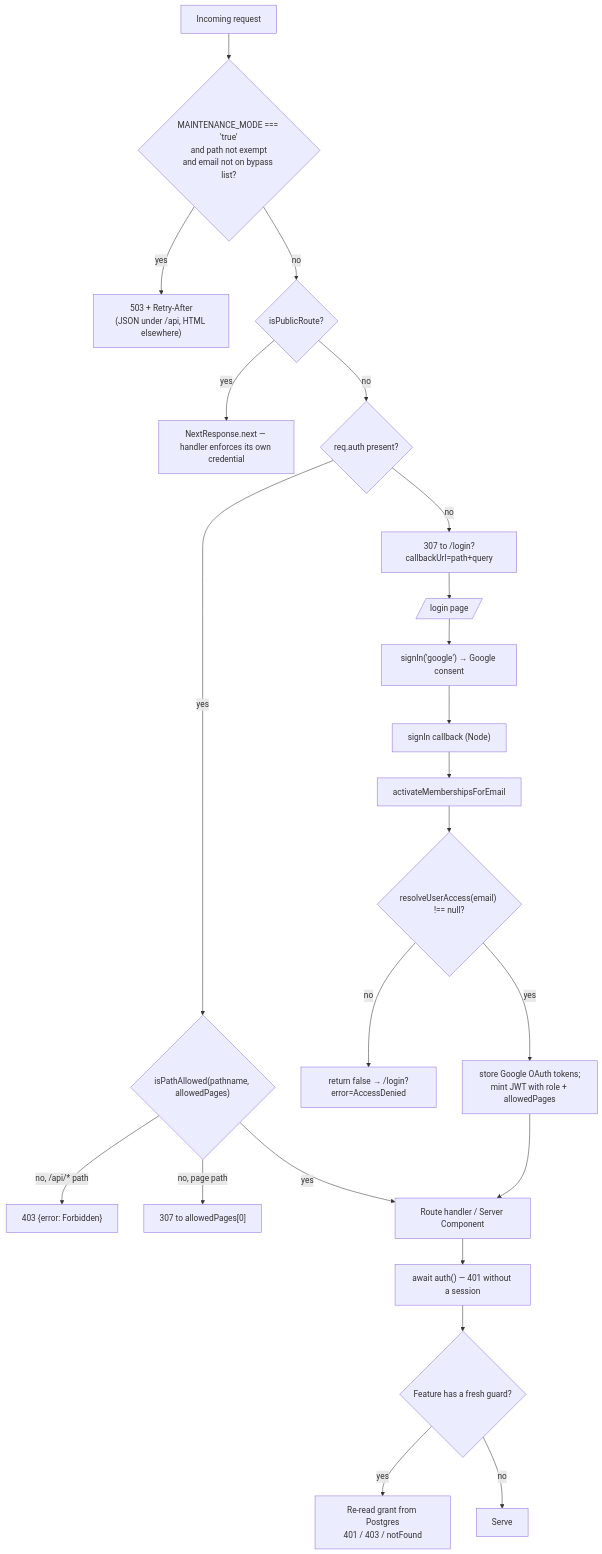
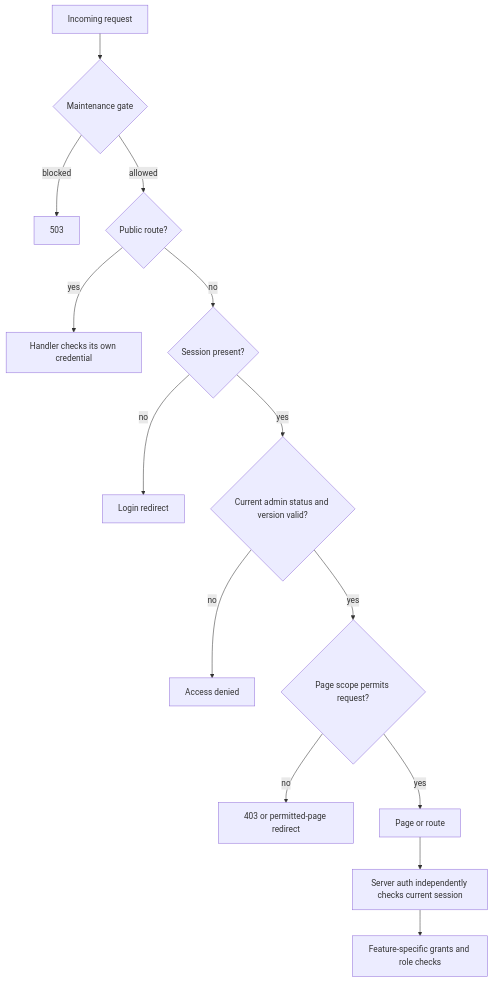
The first of 2 diagrams in docs/operations/auth-and-access.md (kasheesh711/bgscheduler), drawn with Mermaid before and after one commit. The commit also changed other lines of this file and 17 other files, not shown here.

````diff
--- a/docs/operations/auth-and-access.md
+++ b/docs/operations/auth-and-access.md
@@ -41,26 +33,16 @@
 ```mermaid
 flowchart TD
-    A[Incoming request] --> M{"MAINTENANCE_MODE === 'true'<br/>and path not exempt<br/>and email not on bypass list?"}
-    M -- yes --> M503["503 + Retry-After<br/>(JSON under /api, HTML elsewhere)"]
-    M -- no --> B{isPublicRoute?}
-    B -- yes --> Z[NextResponse.next — handler enforces its own credential]
-    B -- no --> C{req.auth present?}
-    C -- no --> D["307 to /login?callbackUrl=path+query"]
-    C -- yes --> P{"isPathAllowed(pathname, allowedPages)"}
-    P -- "no, /api/* path" --> F403["403 {error: Forbidden}"]
-    P -- "no, page path" --> RL["307 to allowedPages[0]"]
-    P -- yes --> E[Route handler / Server Component]
-    E --> G["await auth() — 401 without a session"]
-    G --> H{Feature has a fresh guard?}
-    H -- yes --> I["Re-read grant from Postgres<br/>401 / 403 / notFound"]
-    H -- no --> J[Serve]
-
-    D --> L[/login page/]
-    L --> N["signIn('google') → Google consent"]
-    N --> O["signIn callback (Node)"]
-    O --> Q[activateMembershipsForEmail]
-    Q --> R{"resolveUserAccess(email) !== null?"}
-    R -- no --> S["return false → /login?error=AccessDenied"]
-    R -- yes --> T["store Google OAuth tokens;<br/>mint JWT with role + allowedPages"]
-    T --> E
+    A[Incoming request] --> M{Maintenance gate}
+    M -- blocked --> M503[503]
+    M -- allowed --> P{Public route?}
+    P -- yes --> H[Handler checks its own credential]
+    P -- no --> S{Session present?}
+    S -- no --> L[Login redirect]
+    S -- yes --> V{Current admin status and version valid?}
+    V -- no --> D[Access denied]
+    V -- yes --> R{Page scope permits request?}
+    R -- no --> F[403 or permitted-page redirect]
+    R -- yes --> E[Page or route]
+    E --> C[Server auth independently checks current session]
+    C --> G[Feature-specific grants and role checks]
 ```
````
